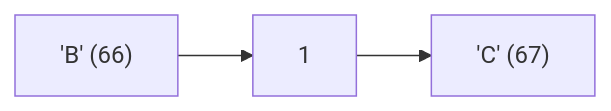
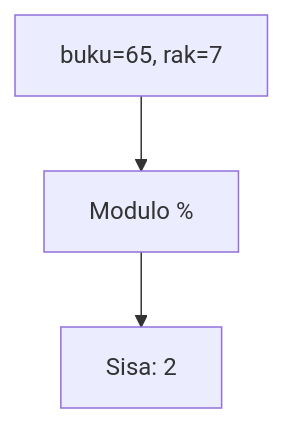
Before and after one commit to amnahwaida/OSNK_INF_PREP: diagram 13 of 25 in part-c-pemahaman-cpp/01-tipe-data/latihan/set-09.md, drawn with Mermaid. The commit also changed other lines of this file and 71 other files, not shown here.

````diff
--- a/part-c-pemahaman-cpp/01-tipe-data/latihan/set-09.md
+++ b/part-c-pemahaman-cpp/01-tipe-data/latihan/set-09.md
@@ -349,5 +366,5 @@
 ```mermaid
-graph LR
-A["'B' (66)"] --> B["1"]
-B --> C["'C' (67)"]
+graph TD
+A["buku=65, rak=7"] --> B["Modulo %"]
+B --> C["Sisa: 2"]
 ```
````
